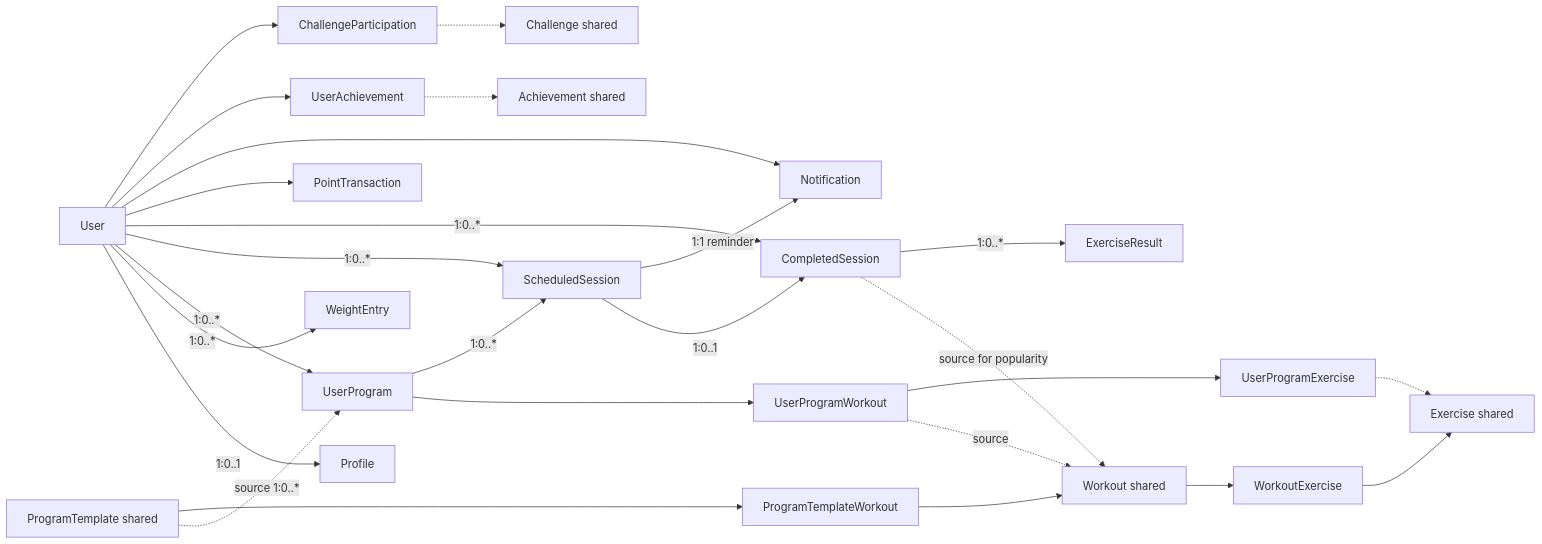
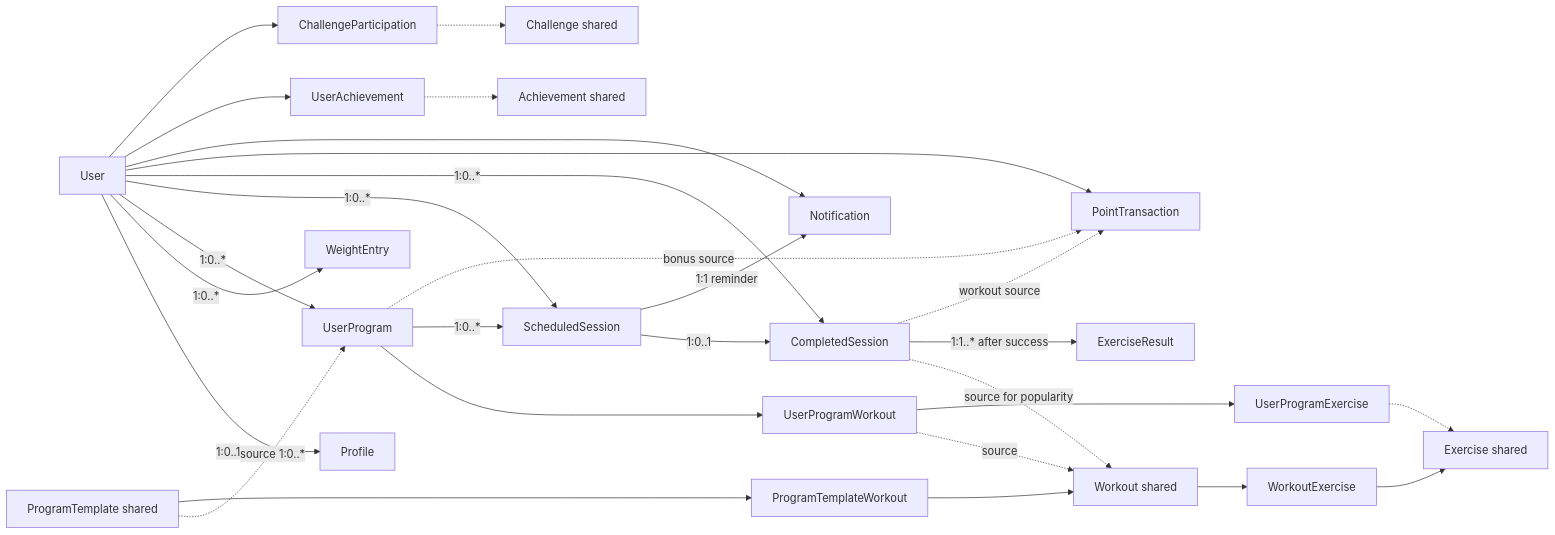
One commit to xyzHooDlEzyx/software_documentation_kursova changed the first of 4 diagrams in docs/architecture/domain-model.md. Above: the diagram before and after it, drawn with Mermaid. The commit also changed other lines of this file and 3 other files, not shown here.

````diff
--- a/docs/architecture/domain-model.md
+++ b/docs/architecture/domain-model.md
@@ -120,28 +123,30 @@
 ```mermaid
 flowchart LR
   U[User] -->|1:0..1| P[Profile]
   U -->|1:0..*| WE[WeightEntry]
   U -->|1:0..*| UP[UserProgram]
   PT[ProgramTemplate shared] -.->|source 1:0..*| UP
   PT --> PTW[ProgramTemplateWorkout]
   PTW --> W[Workout shared]
   W --> WX[WorkoutExercise]
   WX --> E[Exercise shared]
   UP --> UPW[UserProgramWorkout]
   UPW -.->|source| W
   UPW --> UPE[UserProgramExercise]
   UPE -.-> E
   U -->|1:0..*| SS[ScheduledSession]
   UP -->|1:0..*| SS
   SS -->|1:0..1| CS[CompletedSession]
   U -->|1:0..*| CS
   CS -.->|source for popularity| W
-  CS -->|1:0..*| ER[ExerciseResult]
+  CS -->|1:1..* after success| ER[ExerciseResult]
   U --> TX[PointTransaction]
+  CS -.->|workout source| TX
+  UP -.->|bonus source| TX
   U --> N[Notification]
   SS -->|1:1 reminder| N
   U --> UA[UserAchievement]
   UA -.-> A[Achievement shared]
   U --> CP[ChallengeParticipation]
   CP -.-> C[Challenge shared]
 ```
````
